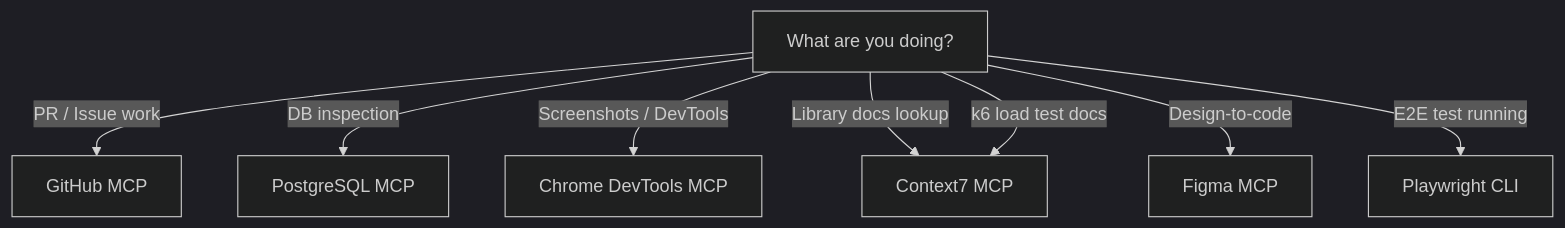
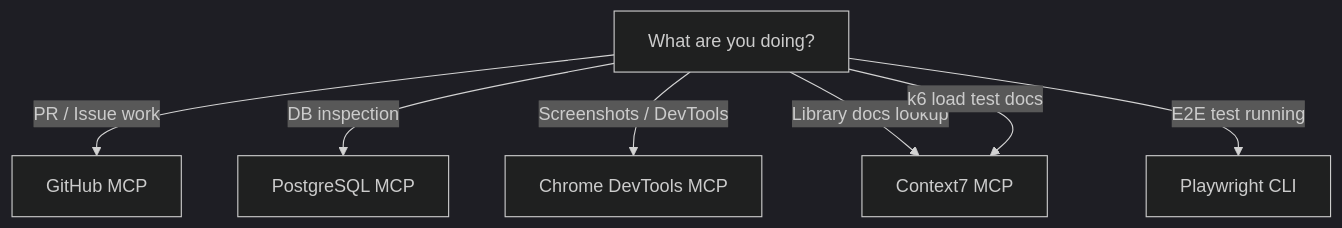
Before and after one commit to actionjacksonthegoat-debug/SeventySix: the diagram in docs/MCP-Server-Setup.md, drawn with Mermaid (dark theme). The commit also changed other lines of this file and 86 other files, not shown here.

````diff
--- a/docs/MCP-Server-Setup.md
+++ b/docs/MCP-Server-Setup.md
@@ -29,11 +27,10 @@
 ```mermaid
 graph TD
     Start["What are you doing?"]
     Start -->|PR / Issue work| GH["GitHub MCP"]
     Start -->|DB inspection| PG["PostgreSQL MCP"]
     Start -->|Screenshots / DevTools| CD["Chrome DevTools MCP"]
     Start -->|Library docs lookup| C7["Context7 MCP"]
-    Start -->|Design-to-code| FG["Figma MCP"]
     Start -->|k6 load test docs| C7
     Start -->|E2E test running| CLI["Playwright CLI"]
 ```
````
